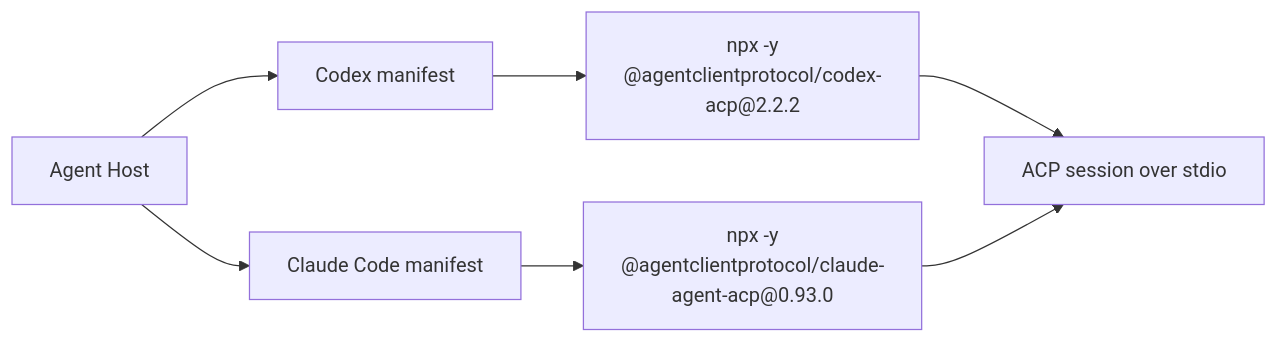
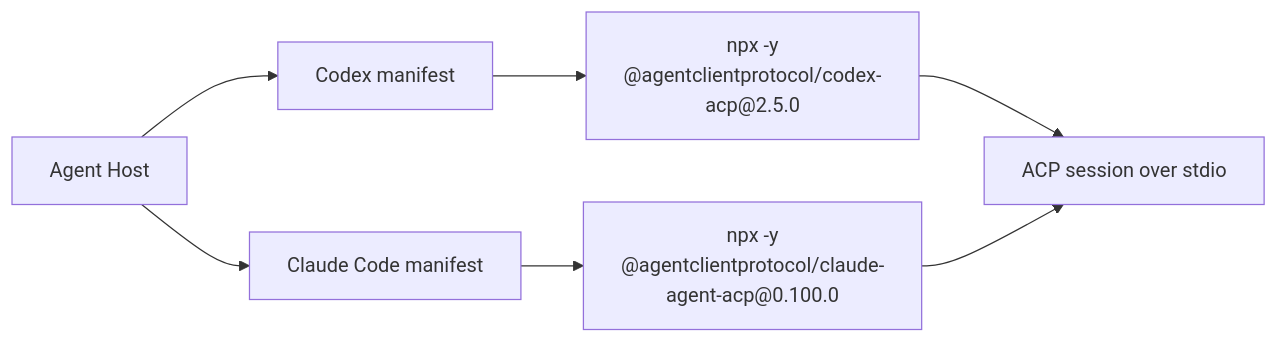
Before and after one commit to LayerNorm/overlay-web: the sixth of 8 diagrams in internal/develop/bring-your-own-agents.md, drawn with Mermaid. The commit also changed other lines of this file and 13 other files, not shown here.

````diff
--- a/internal/develop/bring-your-own-agents.md
+++ b/internal/develop/bring-your-own-agents.md
@@ -946,12 +946,12 @@
 ```mermaid
 flowchart LR
     Host["Agent Host"]
     Codex["Codex manifest"]
     Claude["Claude Code manifest"]
-    CodexProcess["npx -y<br/>@agentclientprotocol/codex-acp@2.2.2"]
-    ClaudeProcess["npx -y<br/>@agentclientprotocol/claude-agent-acp@0.93.0"]
+    CodexProcess["npx -y<br/>@agentclientprotocol/codex-acp@2.5.0"]
+    ClaudeProcess["npx -y<br/>@agentclientprotocol/claude-agent-acp@0.100.0"]
     Session["ACP session over stdio"]
 
     Host --> Codex --> CodexProcess --> Session
     Host --> Claude --> ClaudeProcess --> Session
 ```
````
